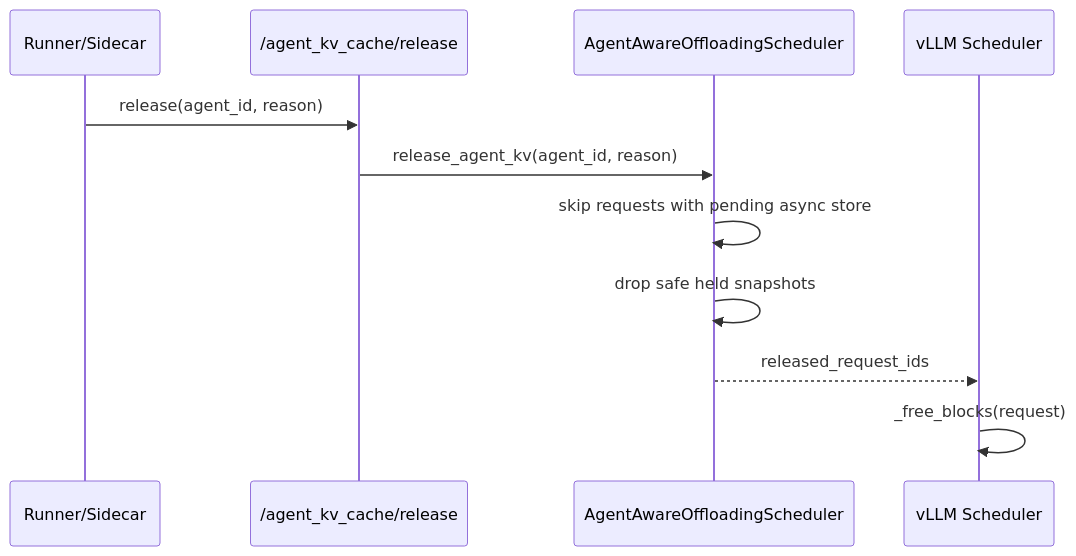
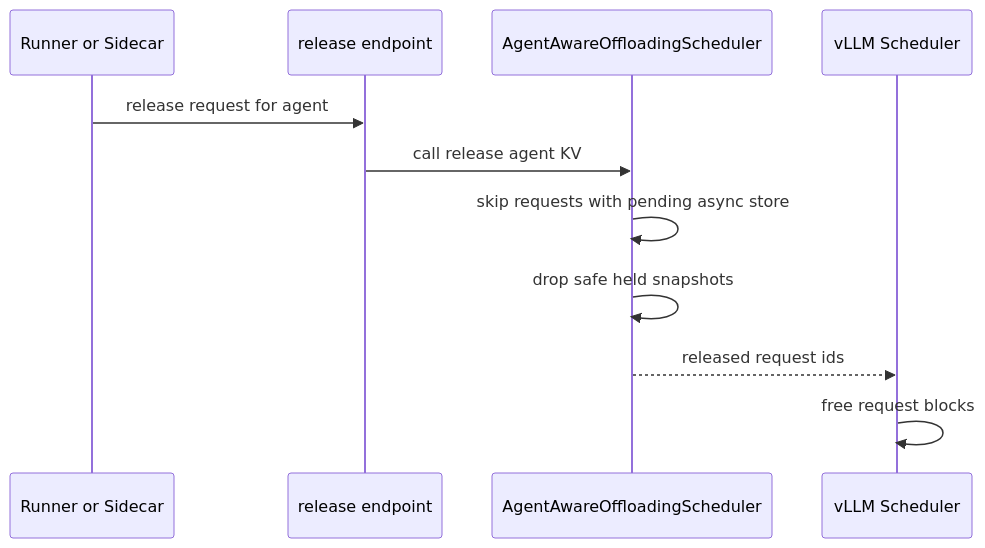
Before and after one commit to javenjwzhao-coder/agent-concurrency: the sixth of 8 diagrams in docs/agent_kv_offload_architecture.md, drawn with Mermaid. The commit also changed other lines of this file, not shown here.

Commit message:
Fix Mermaid architecture diagrams

````diff
--- a/docs/agent_kv_offload_architecture.md
+++ b/docs/agent_kv_offload_architecture.md
@@ -186,14 +186,14 @@
 ```mermaid
 sequenceDiagram
-    participant R as Runner/Sidecar
-    participant API as /agent_kv_cache/release
+    participant R as Runner or Sidecar
+    participant API as release endpoint
     participant C as AgentAwareOffloadingScheduler
     participant S as vLLM Scheduler
 
-    R->>API: release(agent_id, reason)
-    API->>C: release_agent_kv(agent_id, reason)
+    R->>API: release request for agent
+    API->>C: call release agent KV
     C->>C: skip requests with pending async store
     C->>C: drop safe held snapshots
-    C-->>S: released_request_ids
-    S->>S: _free_blocks(request)
+    C-->>S: released request ids
+    S->>S: free request blocks
 ```
````
